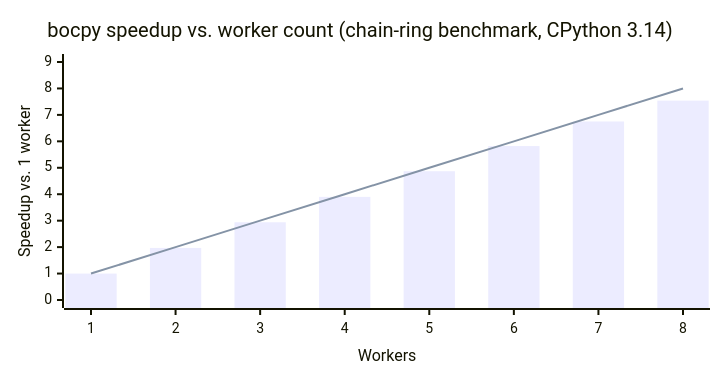
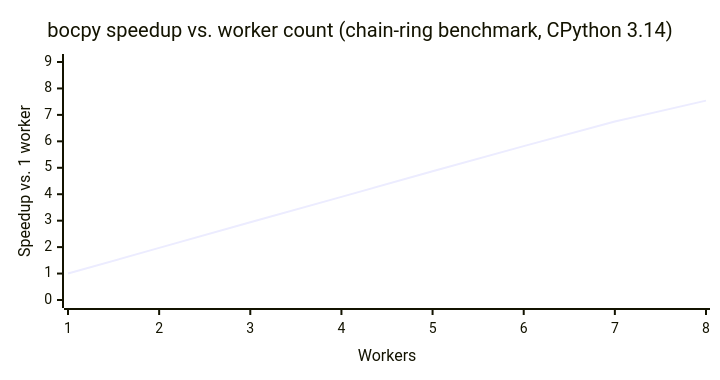
One commit to microsoft/bocpy changed the second of 2 diagrams in README.md. Above: the diagram before and after it, drawn with Mermaid. The commit also changed other lines of this file and 53 other files, not shown here.

````diff
--- a/README.md
+++ b/README.md
@@ -96,14 +96,13 @@
 ```mermaid
 ---
 config:
     xyChart:
         width: 700
         height: 360
 ---
 xychart-beta
     title "bocpy speedup vs. worker count (chain-ring benchmark, CPython 3.14)"
     x-axis "Workers" [1, 2, 3, 4, 5, 6, 7, 8]
     y-axis "Speedup vs. 1 worker" 0 --> 9
-    bar [1.00, 1.97, 2.94, 3.90, 4.87, 5.82, 6.75, 7.54]
-    line [1, 2, 3, 4, 5, 6, 7, 8]
+    line [1.00, 1.97, 2.94, 3.90, 4.87, 5.82, 6.75, 7.54]
 ```
````
